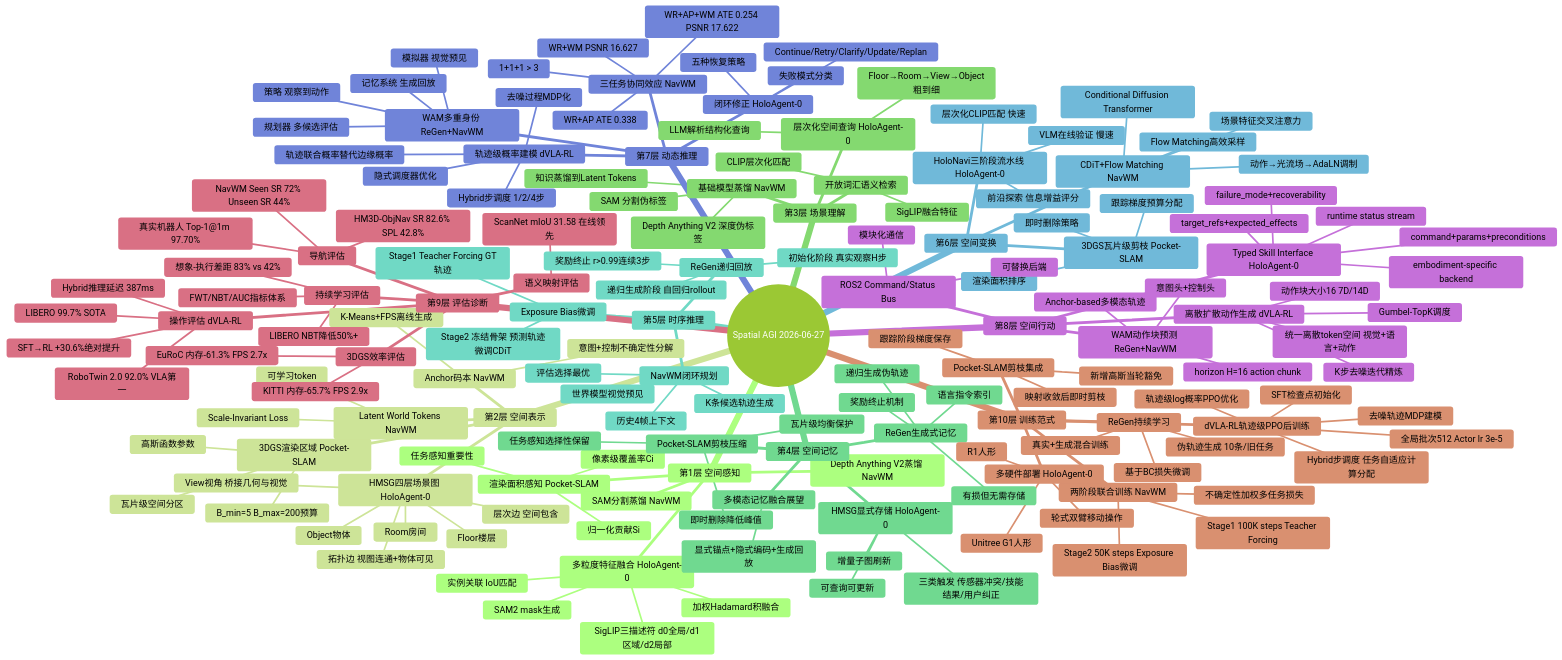
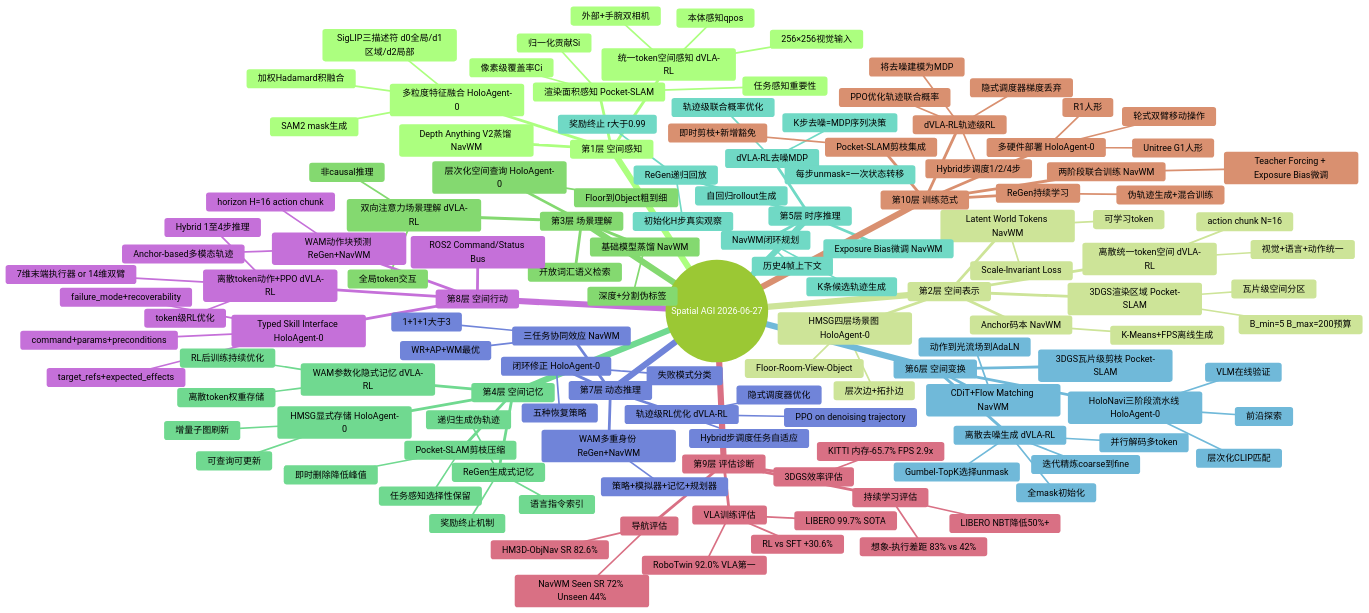
Before and after one commit to ahangchen/spatial_agi: the fourth of 5 diagrams in daily_thinking/2026-06-27.md, drawn with Mermaid (forest theme). The commit also changed other lines of this file and 6 other files, not shown here.

````diff
--- a/daily_thinking/2026-06-27.md
+++ b/daily_thinking/2026-06-27.md
@@ -297,23 +316,20 @@
         SAM2 mask生成
         SigLIP三描述符 d0全局/d1区域/d2局部
         加权Hadamard积融合
-        实例关联 IoU匹配
       渲染面积感知 Pocket-SLAM
         像素级覆盖率Ci
         归一化贡献Si
         任务感知重要性
       Depth Anything V2蒸馏 NavWM
-      SAM分割蒸馏 NavWM
+      统一token空间感知 dVLA-RL
+        256×256视觉输入
+        外部+手腕双相机
+        本体感知qpos
     第2层 空间表示
       HMSG四层场景图 HoloAgent-0
-        Floor楼层
-        Room房间
-        View视角 桥接几何与视觉
-        Object物体
-        层次边 空间包含
-        拓扑边 视图连通+物体可见
+        Floor-Room-View-Object
+        层次边+拓扑边
       3DGS渲染区域 Pocket-SLAM
-        高斯函数参数
         瓦片级空间分区
         B_min=5 B_max=200预算
       Latent World Tokens NavWM
@@ -321,140 +337,111 @@
         Scale-Invariant Loss
       Anchor码本 NavWM
         K-Means+FPS离线生成
-        意图+控制不确定性分解
+      离散统一token空间 dVLA-RL
+        视觉+语言+动作统一
+        action chunk N=16
     第3层 场景理解
       基础模型蒸馏 NavWM
-        Depth Anything V2 深度伪标签
-        SAM 分割伪标签
-        知识蒸馏到Latent Tokens
+        深度+分割伪标签
       层次化空间查询 HoloAgent-0
-        LLM解析结构化查询
-        Floor→Room→View→Object粗到细
+        Floor到Object粗到细
       开放词汇语义检索
-        SigLIP融合特征
-        CLIP层次化匹配
+      双向注意力场景理解 dVLA-RL
+        全局token交互
+        非causal推理
     第4层 空间记忆
       HMSG显式存储 HoloAgent-0
         可查询可更新
         增量子图刷新
-        三类触发 传感器冲突/技能结果/用户纠正
       ReGen生成式记忆
         递归生成伪轨迹
         语言指令索引
         奖励终止机制
-        有损但无需存储
       Pocket-SLAM剪枝压缩
         任务感知选择性保留
         即时删除降低峰值
-        瓦片级均衡保护
-      多模态记忆融合展望
-        显式锚点+隐式编码+生成回放
+      WAM参数化隐式记忆 dVLA-RL
+        离散token权重存储
+        RL后训练持续优化
     第5层 时序推理
       NavWM闭环规划
         历史4帧上下文
         K条候选轨迹生成
-        世界模型视觉预见
-        评估选择最优
       ReGen递归回放
-        初始化阶段 真实观察H步
-        递归生成阶段 自回归rollout
-        奖励终止 r>0.99连续3步
-      Exposure Bias微调
-        Stage1 Teacher Forcing GT轨迹
-        Stage2 冻结骨架 预测轨迹微调CDiT
+        初始化H步真实观察
+        自回归rollout生成
+        奖励终止 r大于0.99
+      dVLA-RL去噪MDP
+        K步去噪=MDP序列决策
+        每步unmask=一次状态转移
+        轨迹级联合概率优化
+      Exposure Bias微调 NavWM
     第6层 空间变换
       HoloNavi三阶段流水线 HoloAgent-0
-        层次化CLIP匹配 快速
-        VLM在线验证 慢速
-        前沿探索 信息增益评分
+        层次化CLIP匹配
+        VLM在线验证
+        前沿探索
       CDiT+Flow Matching NavWM
-        Conditional Diffusion Transformer
-        动作→光流场→AdaLN调制
-        场景特征交叉注意力
-        Flow Matching高效采样
+        动作到光流场到AdaLN
+      离散去噪生成 dVLA-RL
+        全mask初始化
+        Gumbel-TopK选择unmask
+        并行解码多token
+        迭代精炼coarse到fine
       3DGS瓦片级剪枝 Pocket-SLAM
-        渲染面积排序
-        跟踪梯度预算分配
-        即时删除策略
     第7层 动态推理
       三任务协同效应 NavWM
-        WR+AP ATE 0.338
-        WR+WM PSNR 16.627
-        WR+AP+WM ATE 0.254 PSNR 17.622
-        1+1+1 > 3
+        WR+AP+WM最优
+        1+1+1大于3
       闭环修正 HoloAgent-0
         五种恢复策略
-        Continue/Retry/Clarify/Update/Replan
         失败模式分类
       WAM多重身份 ReGen+NavWM
-        策略 观察到动作
-        模拟器 视觉预见
-        记忆系统 生成回放
-        规划器 多候选评估
-      轨迹级概率建模 dVLA-RL
-        去噪过程MDP化
-        轨迹联合概率替代边缘概率
+        策略+模拟器+记忆+规划器
+      轨迹级RL优化 dVLA-RL
+        PPO on denoising trajectory
         隐式调度器优化
-        Hybrid步调度 1/2/4步
+        Hybrid步调度任务自适应
     第8层 空间行动
       Typed Skill Interface HoloAgent-0
         command+params+preconditions
         target_refs+expected_effects
-        runtime status stream
         failure_mode+recoverability
-        embodiment-specific backend
       WAM动作块预测 ReGen+NavWM
         horizon H=16 action chunk
         Anchor-based多模态轨迹
-        意图头+控制头
-      离散扩散动作生成 dVLA-RL
-        统一离散token空间 视觉+语言+动作
-        K步去噪迭代精炼
-        Gumbel-TopK调度
-        动作块大小16 7D/14D
+      离散token动作+PPO dVLA-RL
+        7维末端执行器 or 14维双臂
+        token级RL优化
+        Hybrid 1至4步推理
       ROS2 Command/Status Bus
-        模块化通信
-        可替换后端
     第9层 评估诊断
       导航评估
-        HM3D-ObjNav SR 82.6% SPL 42.8%
-        真实机器人 Top-1@1m 97.70%
-        NavWM Seen SR 72% Unseen SR 44%
-      语义映射评估
-        ScanNet mIoU 31.58 在线领先
+        HM3D-ObjNav SR 82.6%
+        NavWM Seen SR 72% Unseen 44%
       持续学习评估
         LIBERO NBT降低50%+
-        FWT/NBT/AUC指标体系
         想象-执行差距 83% vs 42%
+      VLA训练评估
+        LIBERO 99.7% SOTA
+        RoboTwin 92.0% VLA第一
+        RL vs SFT +30.6%
       3DGS效率评估
         KITTI 内存-65.7% FPS 2.9x
-        EuRoC 内存-61.3% FPS 2.7x
-      操作评估 dVLA-RL
-        LIBERO 99.7% SOTA
-        RoboTwin 2.0 92.0% VLA第一
-        SFT→RL +30.6%绝对提升
-        Hybrid推理延迟 387ms
     第10层 训练范式
       两阶段联合训练 NavWM
-        Stage1 100K steps Teacher Forcing
-        Stage2 50K steps Exposure Bias微调
-        不确定性加权多任务损失
+        Teacher Forcing + Exposure Bias微调
       ReGen持续学习
-        伪轨迹生成 10条/旧任务
-        真实+生成混合训练
-        基于BC损失微调
+        伪轨迹生成+混合训练
       Pocket-SLAM剪枝集成
-        跟踪阶段梯度保存
-        映射收敛后即时剪枝
-        新增高斯当轮豁免
+        即时剪枝+新增豁免
+      dVLA-RL轨迹级RL
+        将去噪建模为MDP
+        PPO优化轨迹联合概率
+        隐式调度器梯度丢弃
+        Hybrid步调度1/2/4步
       多硬件部署 HoloAgent-0
         Unitree G1人形
         R1人形
         轮式双臂移动操作
-      dVLA-RL轨迹级PPO后训练
-        SFT检查点初始化
-        去噪轨迹MDP建模
-        轨迹级log概率PPO优化
-        Hybrid步调度 任务自适应计算分配
-        全局批次512 Actor lr 3e-5
 ```
````
